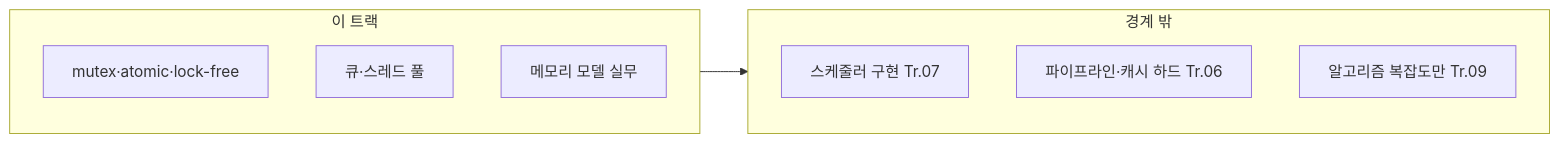
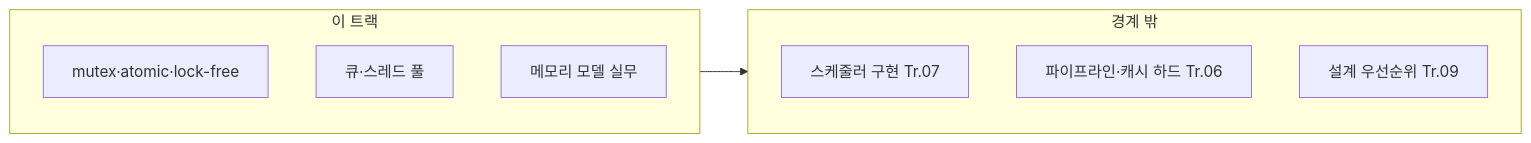
One commit to 42jerrykim/42jerrykim.github.io changed the diagram in content/collection/optimization-04-concurrency/00-introduction/index.md. Above: the diagram before and after it, drawn with Mermaid. The commit also changed other lines of this file and 12 other files, not shown here.

````diff
--- a/content/collection/optimization-04-concurrency/00-introduction/index.md
+++ b/content/collection/optimization-04-concurrency/00-introduction/index.md
@@ -161,14 +159,14 @@
 ```mermaid
 flowchart LR
   subgraph inScope [이 트랙]
     A["mutex·atomic·lock-free"]
     B["큐·스레드 풀"]
     C["메모리 모델 실무"]
   end
   subgraph outScope [경계 밖]
     D["스케줄러 구현 Tr.07"]
     E["파이프라인·캐시 하드 Tr.06"]
-    F["알고리즘 복잡도만 Tr.09"]
+    F["설계 우선순위 Tr.09"]
   end
   inScope --> outScope
 ```
````
